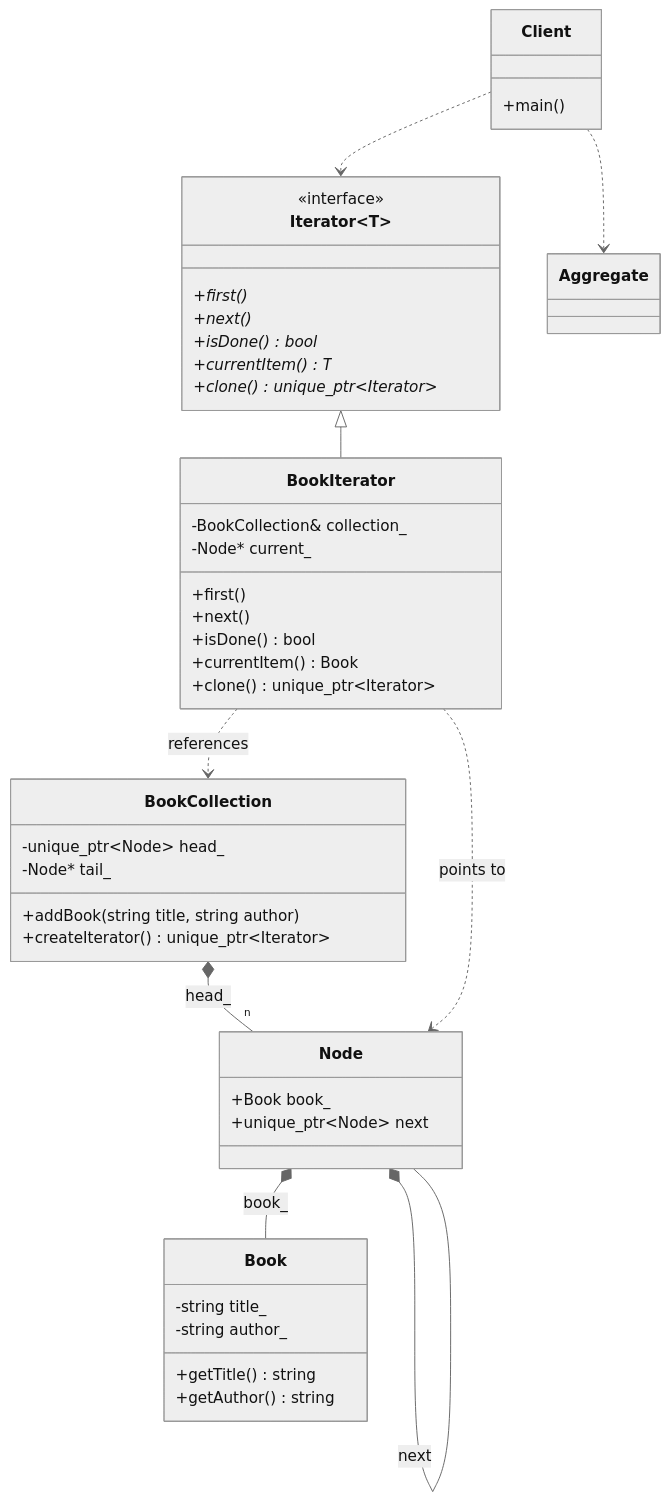
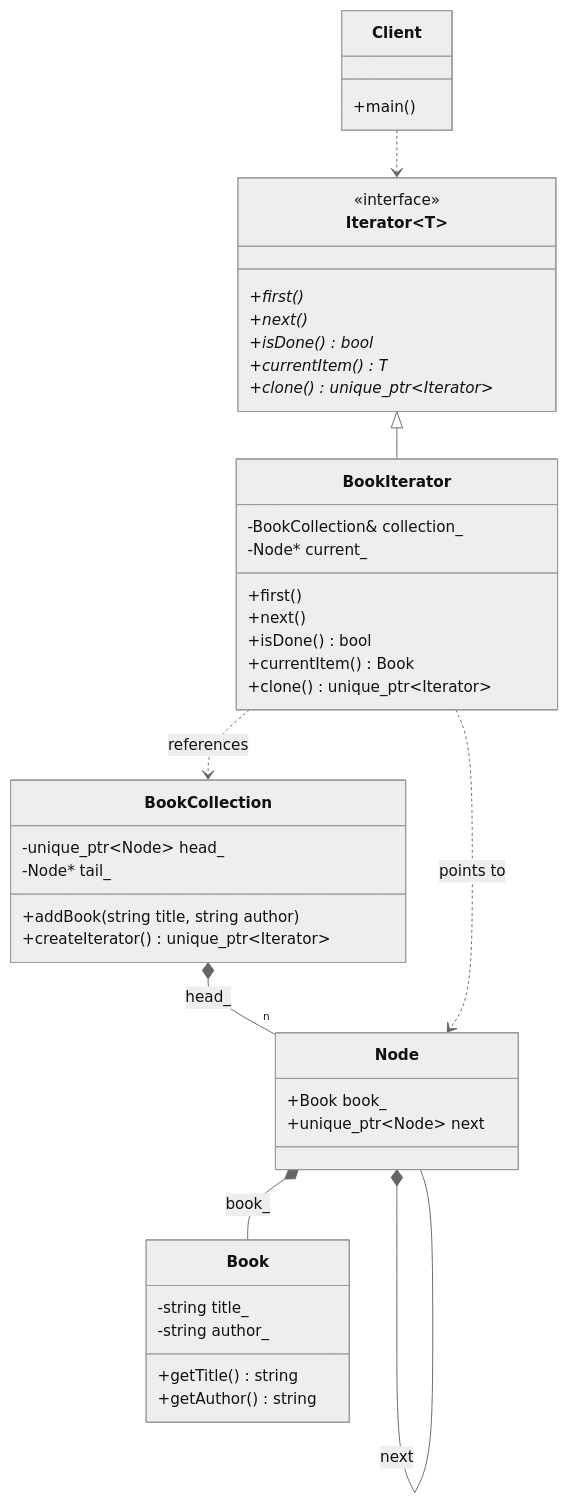
The diagram in 21_Iterator/Iterator_GoF/diagram.md (Cichlidfishexigency721/Modern-CPP-Design-Patterns), drawn with Mermaid (neutral theme) before and after one commit.

Commit message:
Improvement in UML

````diff
--- a/21_Iterator/Iterator_GoF/diagram.md
+++ b/21_Iterator/Iterator_GoF/diagram.md
@@ -3,56 +3,55 @@
 ```mermaid
 classDiagram
     class Book {
         -string title_
         -string author_
         +getTitle() string
         +getAuthor() string
     }
 
     class Iterator~T~ {
         <<interface>>
         +first()*
         +next()*
         +isDone()* bool
         +currentItem()* T
         +clone()* unique_ptr~Iterator~
     }
 
     class Node {
         +Book book_
         +unique_ptr~Node~ next
     }
 
     class BookCollection {
         -unique_ptr~Node~ head_
         -Node* tail_
         +addBook(string title, string author)
         +createIterator() unique_ptr~Iterator~
     }
 
     class BookIterator {
         -BookCollection& collection_
         -Node* current_
         +first()
         +next()
         +isDone() bool
         +currentItem() Book
         +clone() unique_ptr~Iterator~
     }
 
     class Client {
         +main()
     }
 
     Iterator~Book~ <|-- BookIterator
 
     BookCollection *-- "n" Node : head_
     Node *-- Book : book_
     Node *-- Node : next
 
     BookIterator ..> BookCollection : references
     BookIterator ..> Node : points to
     
-    Client ..> Aggregate
     Client ..> Iterator
 ```
````
